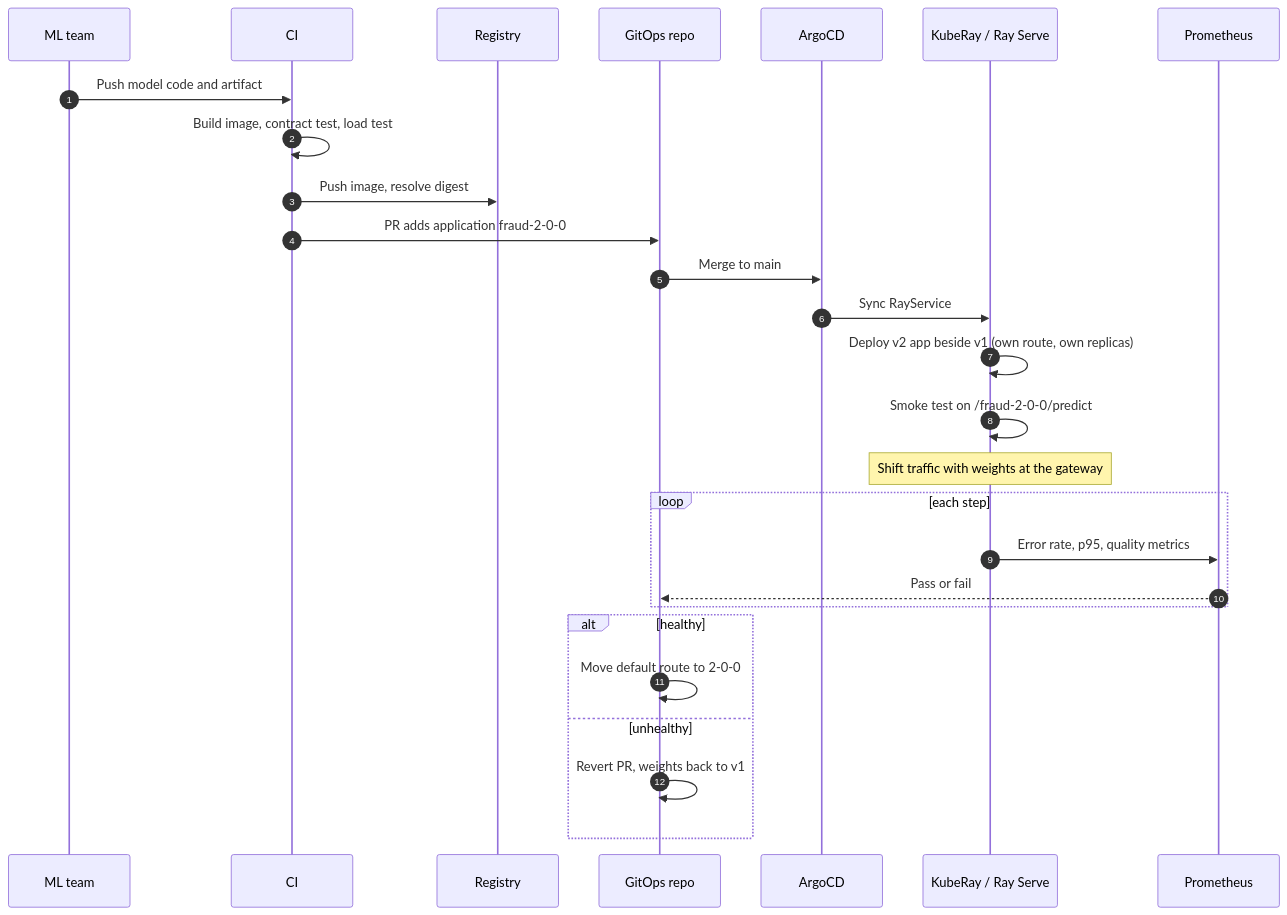
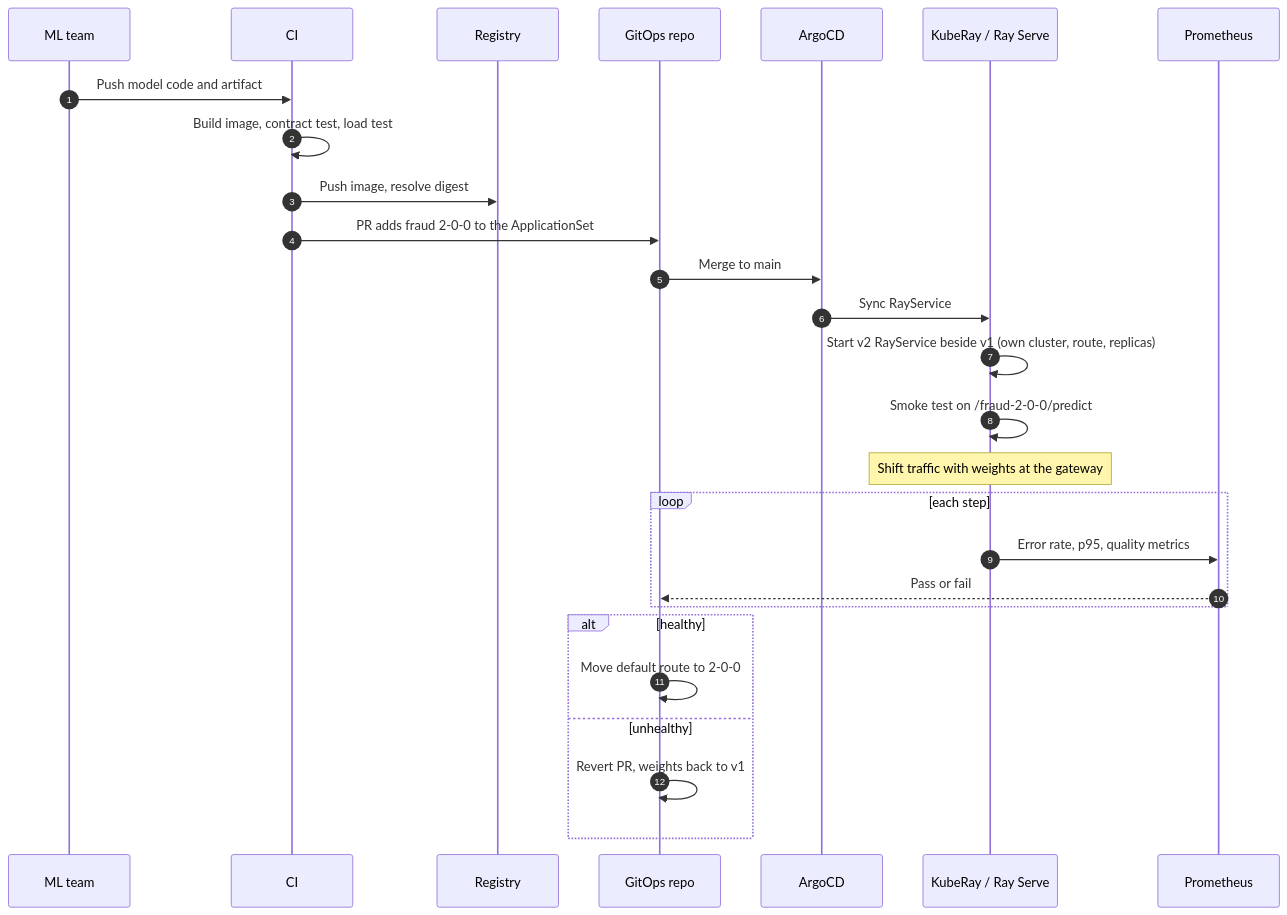
Before and after one commit to omegazyadav/cf-assignment: the fourth of 4 diagrams in docs/DESIGN.md, drawn with Mermaid. The commit also changed other lines of this file and 8 other files, not shown here.

````diff
--- a/docs/DESIGN.md
+++ b/docs/DESIGN.md
@@ -182,29 +189,29 @@
 ```mermaid
 sequenceDiagram
     autonumber
     participant ML as ML team
     participant CI as CI
     participant Reg as Registry
     participant Git as GitOps repo
     participant Argo as ArgoCD
     participant Ray as KubeRay / Ray Serve
     participant Prom as Prometheus
     ML->>CI: Push model code and artifact
     CI->>CI: Build image, contract test, load test
     CI->>Reg: Push image, resolve digest
-    CI->>Git: PR adds application fraud-2-0-0
+    CI->>Git: PR adds fraud 2-0-0 to the ApplicationSet
     Git->>Argo: Merge to main
     Argo->>Ray: Sync RayService
-    Ray->>Ray: Deploy v2 app beside v1 (own route, own replicas)
+    Ray->>Ray: Start v2 RayService beside v1 (own cluster, route, replicas)
     Ray->>Ray: Smoke test on /fraud-2-0-0/predict
     Note over Ray: Shift traffic with weights at the gateway
     loop each step
         Ray->>Prom: Error rate, p95, quality metrics
         Prom-->>Git: Pass or fail
     end
     alt healthy
         Git->>Git: Move default route to 2-0-0
     else unhealthy
         Git->>Git: Revert PR, weights back to v1
     end
 ```
````
